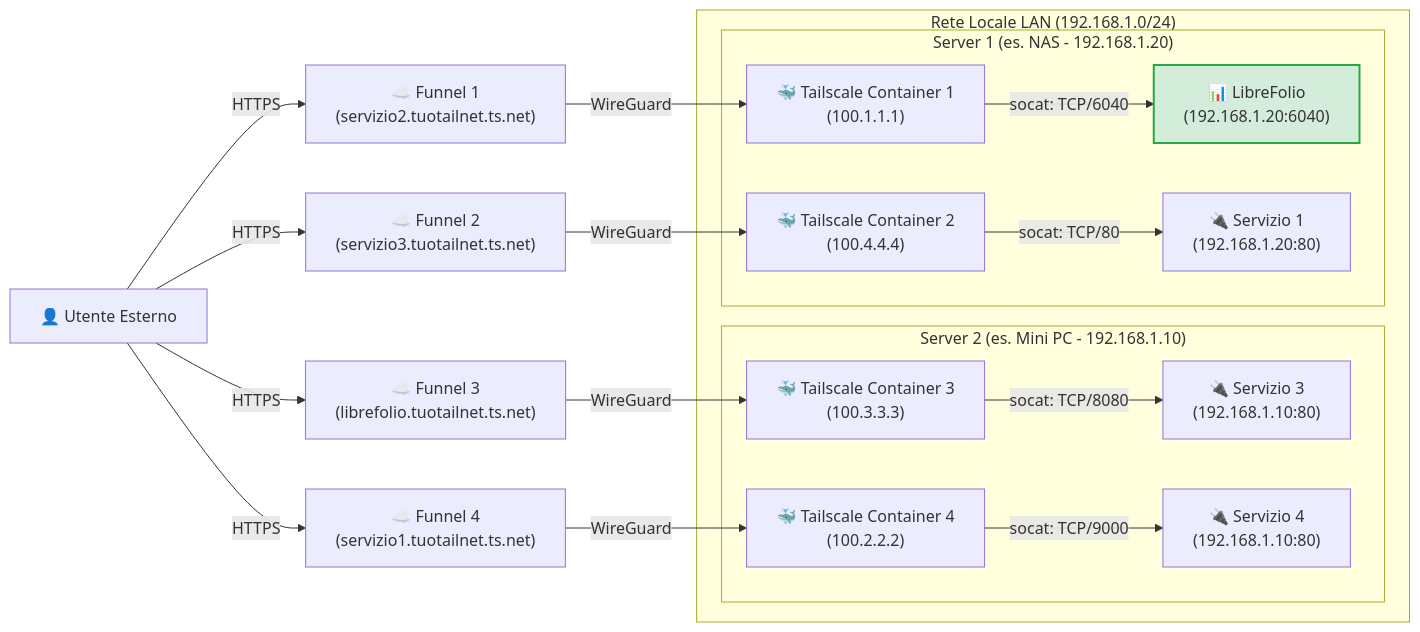
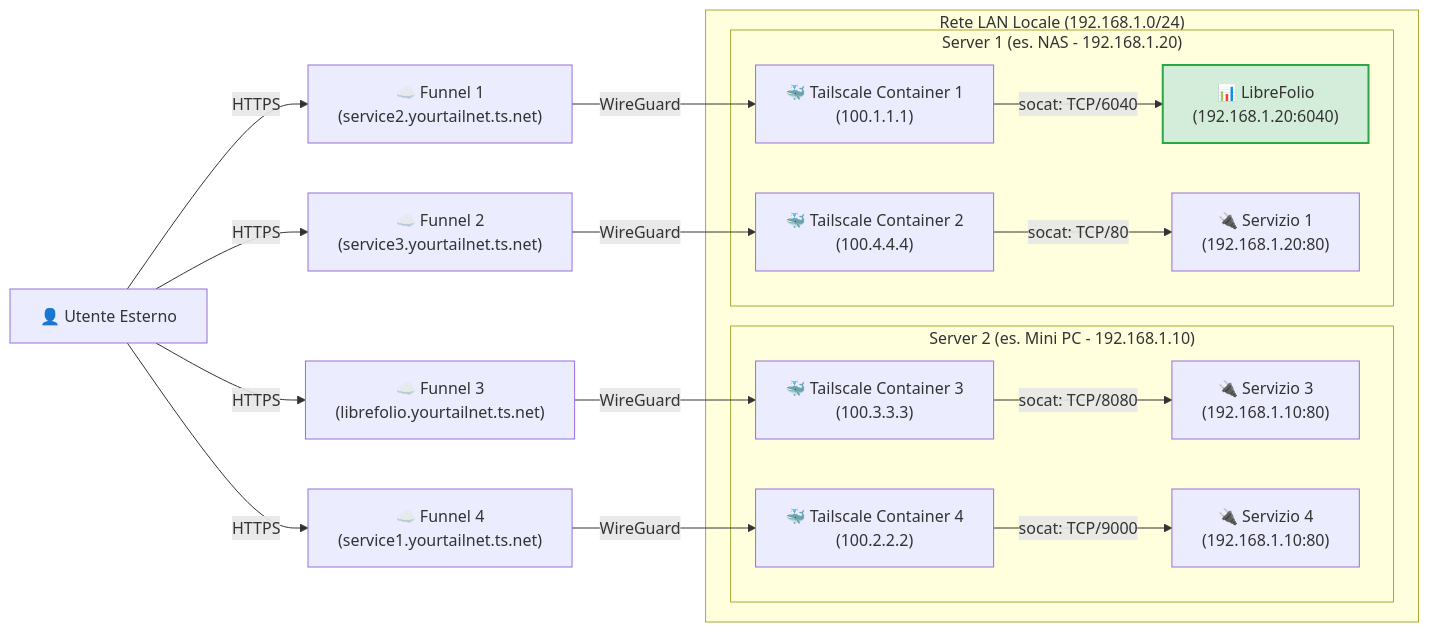
One commit to Librefolio/LibreFolio changed the fifth of 5 diagrams in mkdocs_src/docs/admin/tailscale_exposure.it.md. Above: the diagram before and after it, drawn with Mermaid. The commit also changed other lines of this file and 13 other files, not shown here.

````diff
--- a/mkdocs_src/docs/admin/tailscale_exposure.it.md
+++ b/mkdocs_src/docs/admin/tailscale_exposure.it.md
@@ -374,24 +376,24 @@
 ```mermaid
 graph LR
-    User["👤 Utente Esterno"] -->|HTTPS| Funnel1["☁️ Funnel 1<br>(servizio2.tuotailnet.ts.net)"]
-    User -->|HTTPS| Funnel2["☁️ Funnel 2<br>(servizio3.tuotailnet.ts.net)"]
-    User -->|HTTPS| Funnel3["☁️ Funnel 3<br>(librefolio.tuotailnet.ts.net)"]
-    User -->|HTTPS| Funnel4["☁️ Funnel 4<br>(servizio1.tuotailnet.ts.net)"]
-    
-    Funnel1 -->|WireGuard| TSC1["🐳 Tailscale Container 1<br>(100.1.1.1)"]
-    Funnel2 -->|WireGuard| TSC2["🐳 Tailscale Container 2<br>(100.4.4.4)"]
-    Funnel3 -->|WireGuard| TSC3["🐳 Tailscale Container 3<br>(100.3.3.3)"]
-    Funnel4 -->|WireGuard| TSC4["🐳 Tailscale Container 4<br>(100.2.2.2)"]
-    
-    subgraph LAN ["Rete Locale LAN (192.168.1.0/24)"]
-        subgraph Host2 ["Server 2 (es. Mini PC - 192.168.1.10)"]
-            TSC3 -->|socat: TCP/8080| Servizio3["🔌 Servizio 3<br>(192.168.1.10:80)"]
-            TSC4 -->|socat: TCP/9000| Servizio4["🔌 Servizio 4<br>(192.168.1.10:80)"]
-        end
-        subgraph Host1 ["Server 1 (es. NAS - 192.168.1.20)"]
-            TSC1 -->|socat: TCP/6040| LibreFolio["📊 LibreFolio<br>(192.168.1.20:6040)"]
-            TSC2 -->|socat: TCP/80| Servizio1["🔌 Servizio 1<br>(192.168.1.20:80)"]
-        end
-    end
-    style LibreFolio fill:#d4edda,stroke:#28a745,stroke-width:2px;
+ User["👤 Utente Esterno"] -->|HTTPS| Funnel1["☁️ Funnel 1<br>(service2.yourtailnet.ts.net)"]
+ User -->|HTTPS| Funnel2["☁️ Funnel 2<br>(service3.yourtailnet.ts.net)"]
+ User -->|HTTPS| Funnel3["☁️ Funnel 3<br>(librefolio.yourtailnet.ts.net)"]
+ User -->|HTTPS| Funnel4["☁️ Funnel 4<br>(service1.yourtailnet.ts.net)"]
+ 
+ Funnel1 -->|WireGuard| TSC1["🐳 Tailscale Container 1<br>(100.1.1.1)"]
+ Funnel2 -->|WireGuard| TSC2["🐳 Tailscale Container 2<br>(100.4.4.4)"]
+ Funnel3 -->|WireGuard| TSC3["🐳 Tailscale Container 3<br>(100.3.3.3)"]
+ Funnel4 -->|WireGuard| TSC4["🐳 Tailscale Container 4<br>(100.2.2.2)"]
+ 
+ subgraph LAN ["Rete LAN Locale (192.168.1.0/24)"]
+ subgraph Host2 ["Server 2 (es. Mini PC - 192.168.1.10)"]
+ TSC3 -->|socat: TCP/8080| Service3["🔌 Servizio 3<br>(192.168.1.10:80)"]
+ TSC4 -->|socat: TCP/9000| Service4["🔌 Servizio 4<br>(192.168.1.10:80)"]
+ end
+ subgraph Host1 ["Server 1 (es. NAS - 192.168.1.20)"]
+ TSC1 -->|socat: TCP/6040| LibreFolio["📊 LibreFolio<br>(192.168.1.20:6040)"]
+ TSC2 -->|socat: TCP/80| Service1["🔌 Servizio 1<br>(192.168.1.20:80)"]
+ end
+ end
+ style LibreFolio fill:#d4edda,stroke:#28a745,stroke-width:2px;
 ```
````
